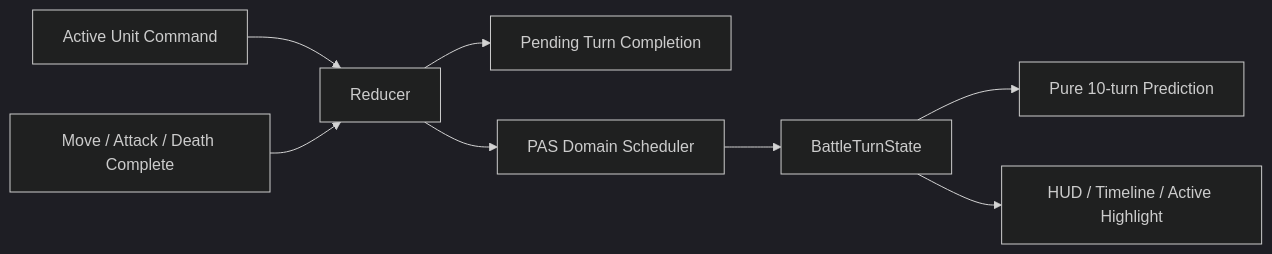
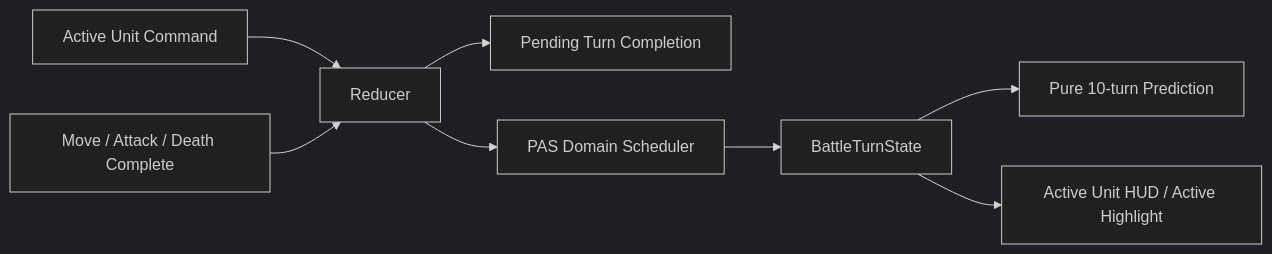
The second of 4 diagrams in docs/ARCHITECTURE.md (uNaXiG/sword-of-sealing), drawn with Mermaid (dark theme) before and after one commit. The commit also changed other lines of this file and 34 other files, not shown here.

First line of the commit message:
feat: implement BattleHUD component with active unit indicator and resource bars

````diff
--- a/docs/ARCHITECTURE.md
+++ b/docs/ARCHITECTURE.md
@@ -121,10 +123,10 @@
 ```mermaid
 flowchart LR
     Command[Active Unit Command] --> Reducer
     Motion[Move / Attack / Death Complete] --> Reducer
     Reducer --> Pending[Pending Turn Completion]
     Reducer --> PAS[PAS Domain Scheduler]
     PAS --> Turn[BattleTurnState]
     Turn --> Preview[Pure 10-turn Prediction]
-    Turn --> UI[HUD / Timeline / Active Highlight]
+    Turn --> UI[Active Unit HUD / Active Highlight]
 ```
````
